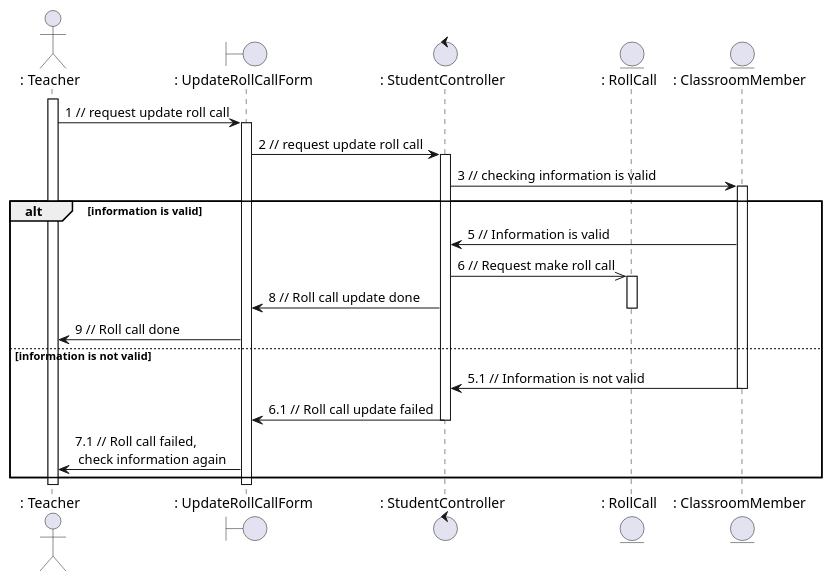
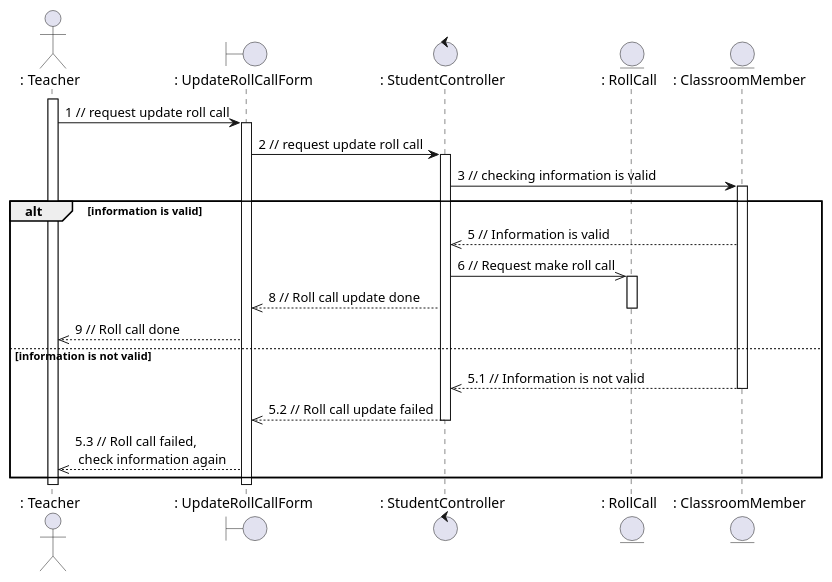
Before and after one commit to anonyhostvn/OOAD-Diagram: the diagram in sequence - analysis/rollcall/updateRollCall.plantuml, drawn with PlantUML. The commit also changed 20 other files, not shown here.

Commit message:
fix sequence analaysis numbering

```diff
--- a/sequence - analysis/rollcall/updateRollCall.plantuml
+++ b/sequence - analysis/rollcall/updateRollCall.plantuml
@@ -1,37 +1,37 @@
 @startuml updateRollCall
 
 actor ": Teacher"
 boundary ": UpdateRollCallForm"
 control ": StudentController"
 entity ": RollCall"
 entity ": ClassroomMember"
 
 activate ": Teacher"
 
 ": Teacher" -> ": UpdateRollCallForm": 1 // request update roll call
 activate ": UpdateRollCallForm"
 ": UpdateRollCallForm" -> ": StudentController": 2 // request update roll call
 activate ": StudentController"
 ": StudentController" -> ": ClassroomMember": 3 // checking information is valid
 activate ": ClassroomMember"
 alt information is valid
-    ": ClassroomMember" -> ": StudentController": 5 // Information is valid
+    ": ClassroomMember" -->> ": StudentController": 5 // Information is valid
     ": StudentController" ->> ": RollCall": 6 // Request make roll call
     activate ": RollCall"
-    ": StudentController" -> ": UpdateRollCallForm": 8 // Roll call update done
+    ": StudentController" -->> ": UpdateRollCallForm": 8 // Roll call update done
     deactivate ": RollCall"
-    ": UpdateRollCallForm" -> ": Teacher": 9 // Roll call done
+    ": UpdateRollCallForm" -->> ": Teacher": 9 // Roll call done
 else information is not valid
-    ": ClassroomMember" -> ": StudentController": 5.1 // Information is not valid
+    ": ClassroomMember" -->> ": StudentController": 5.1 // Information is not valid
     deactivate ": ClassroomMember"
-    ": StudentController" -> ": UpdateRollCallForm": 6.1 // Roll call update failed
+    ": StudentController" -->> ": UpdateRollCallForm": 5.2 // Roll call update failed
     deactivate ": StudentController"
-    ": UpdateRollCallForm" -> ": Teacher": 7.1 // Roll call failed,\n check information again
+    ": UpdateRollCallForm" -->> ": Teacher": 5.3 // Roll call failed,\n check information again
 end
 
 deactivate ": UpdateRollCallForm"
 deactivate ": Teacher"
 
 
 
 @enduml
```
